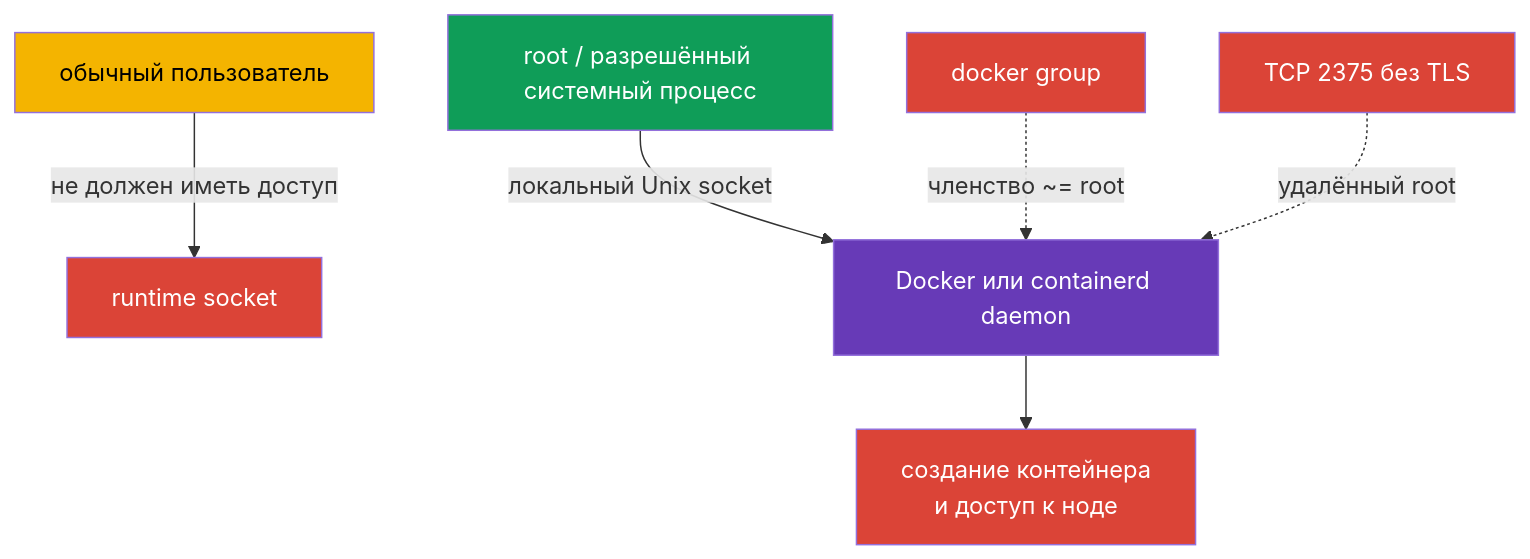
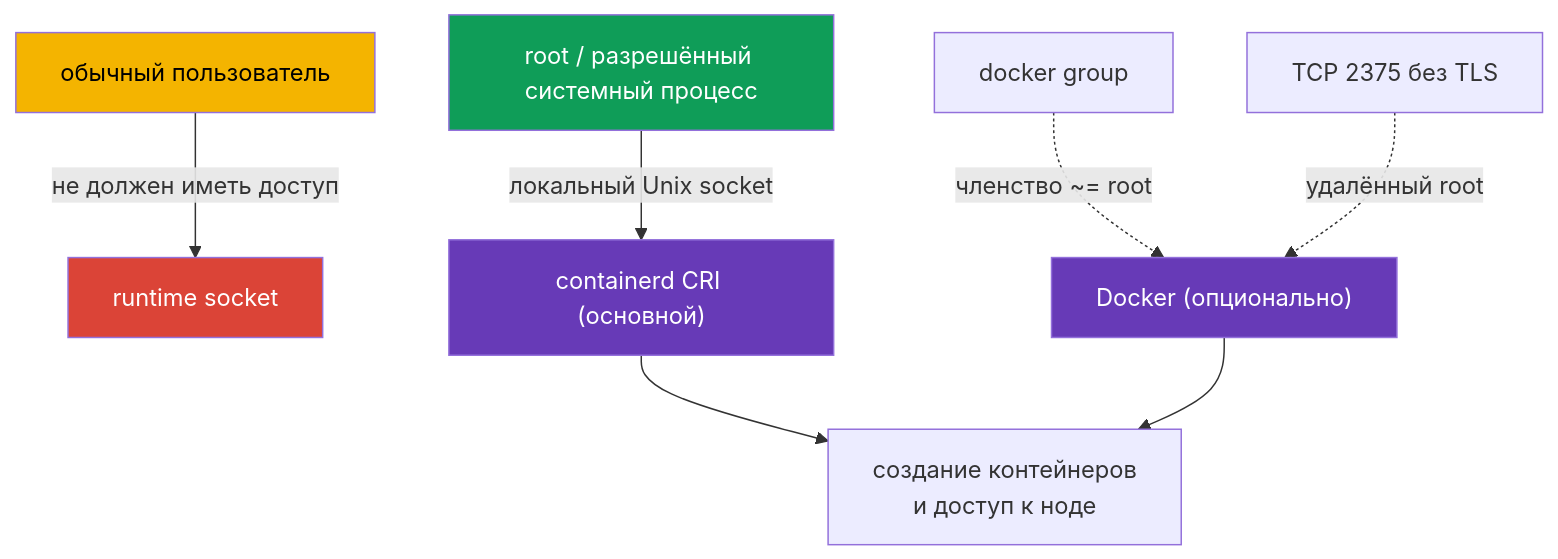
Before and after one commit to ViktorUJ/cks: the second of 2 diagrams in tasks/cks/course/14/ru.md, drawn with Mermaid. The commit also changed other lines of this file and 32 other files, not shown here.

````diff
--- a/tasks/cks/course/14/ru.md
+++ b/tasks/cks/course/14/ru.md
@@ -211,15 +263,14 @@
 ```mermaid
 flowchart TB
     user["обычный пользователь"] -->|"не должен иметь доступ"| deny["runtime socket"]
-    root["root / разрешённый системный процесс"] -->|"локальный Unix socket"| allow["Docker или containerd daemon"]
-    docker["docker group"] -. "членство ~= root" .-> allow
-    tcp["TCP 2375 без TLS"] -. "удалённый root" .-> allow
-    allow --> node["создание контейнера<br>и доступ к ноде"]
+    root["root / разрешённый системный процесс"] -->|"локальный Unix socket"| containerd["containerd CRI (основной)"]
+    docker["docker group"] -. "членство ~= root" .-> dockerDaemon["Docker (опционально)"]
+    tcp["TCP 2375 без TLS"] -. "удалённый root" .-> dockerDaemon
+    containerd --> node["создание контейнеров<br>и доступ к ноде"]
+    dockerDaemon --> node
     style user fill:#f4b400,color:#000
     style deny fill:#db4437,color:#fff
     style root fill:#0f9d58,color:#fff
-    style allow fill:#673ab7,color:#fff
-    style docker fill:#db4437,color:#fff
-    style tcp fill:#db4437,color:#fff
-    style node fill:#db4437,color:#fff
+    style containerd fill:#673ab7,color:#fff
+    style dockerDaemon fill:#673ab7,color:#fff
 ```
````
